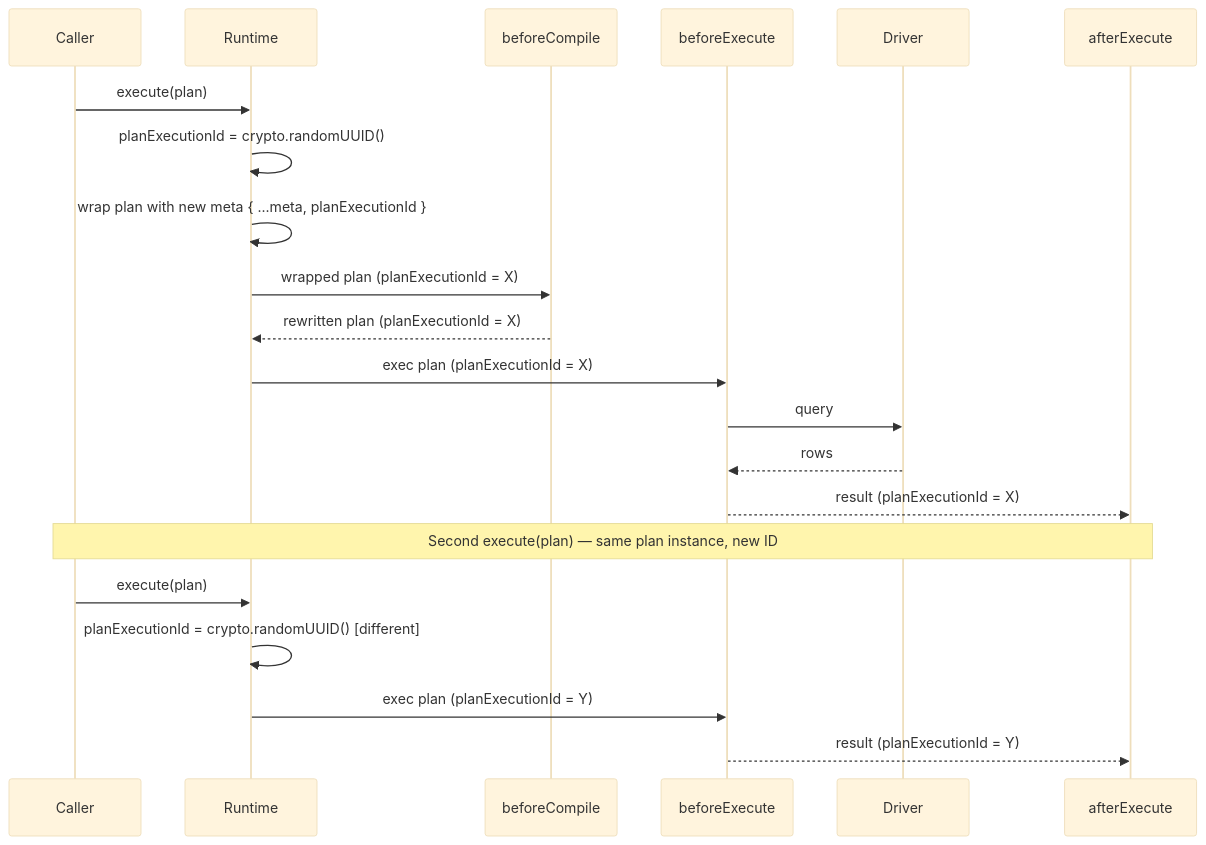
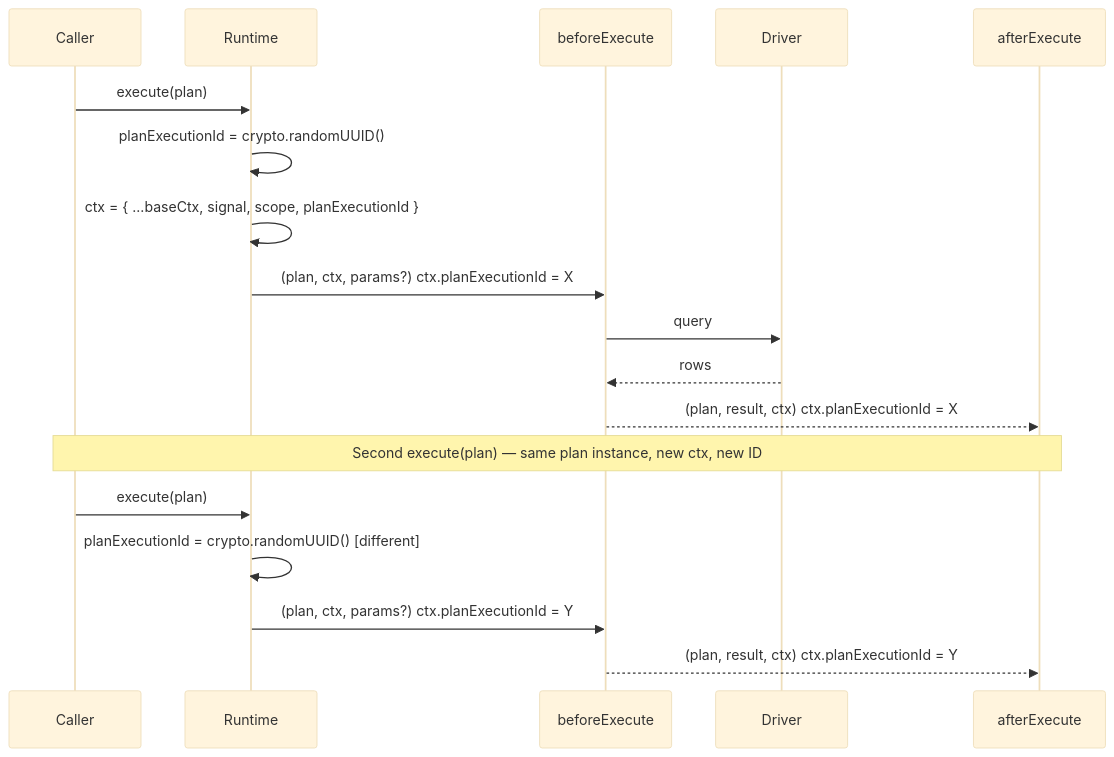
Before and after one commit to prisma/prisma-next: the diagram in docs/architecture docs/adrs/ADR 220 - Plan execution identity for middleware correlation.md, drawn with Mermaid (base theme). The commit also changed other lines of this file and 1 other file, not shown here.

First line of the commit message:
docs(adr-220): place planExecutionId on RuntimeMiddlewareContext

````diff
--- a/docs/architecture docs/adrs/ADR 220 - Plan execution identity for middleware correlation.md
+++ b/docs/architecture docs/adrs/ADR 220 - Plan execution identity for middleware correlation.md
@@ -25,25 +25,22 @@
 ```mermaid
 sequenceDiagram
     participant Caller
     participant Runtime
-    participant BC as beforeCompile
     participant BE as beforeExecute
     participant Driver
     participant AE as afterExecute
 
     Caller->>Runtime: execute(plan)
     Runtime->>Runtime: planExecutionId = crypto.randomUUID()
-    Runtime->>Runtime: wrap plan with new meta { ...meta, planExecutionId }
-    Runtime->>BC: wrapped plan (planExecutionId = X)
-    BC-->>Runtime: rewritten plan (planExecutionId = X)
-    Runtime->>BE: exec plan (planExecutionId = X)
+    Runtime->>Runtime: ctx = { ...baseCtx, signal, scope, planExecutionId }
+    Runtime->>BE: (plan, ctx, params?)  ctx.planExecutionId = X
     BE->>Driver: query
     Driver-->>BE: rows
-    BE-->>AE: result (planExecutionId = X)
+    BE-->>AE: (plan, result, ctx)  ctx.planExecutionId = X
 
-    Note over Caller,AE: Second execute(plan) — same plan instance, new ID
+    Note over Caller,AE: Second execute(plan) — same plan instance, new ctx, new ID
     Caller->>Runtime: execute(plan)
     Runtime->>Runtime: planExecutionId = crypto.randomUUID()  [different]
-    Runtime->>BE: exec plan (planExecutionId = Y)
-    BE-->>AE: result (planExecutionId = Y)
+    Runtime->>BE: (plan, ctx, params?)  ctx.planExecutionId = Y
+    BE-->>AE: (plan, result, ctx)  ctx.planExecutionId = Y
 ```
````
